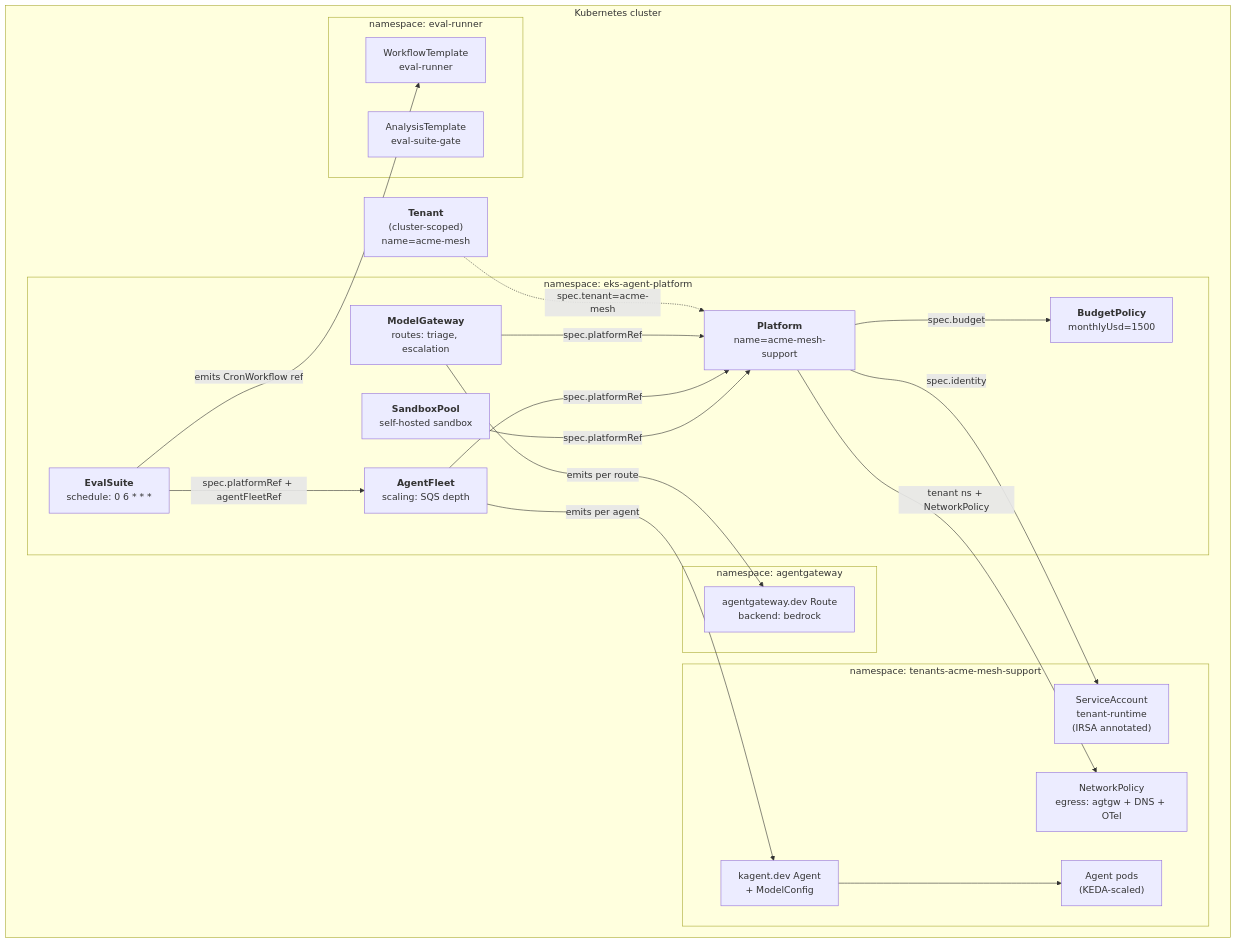
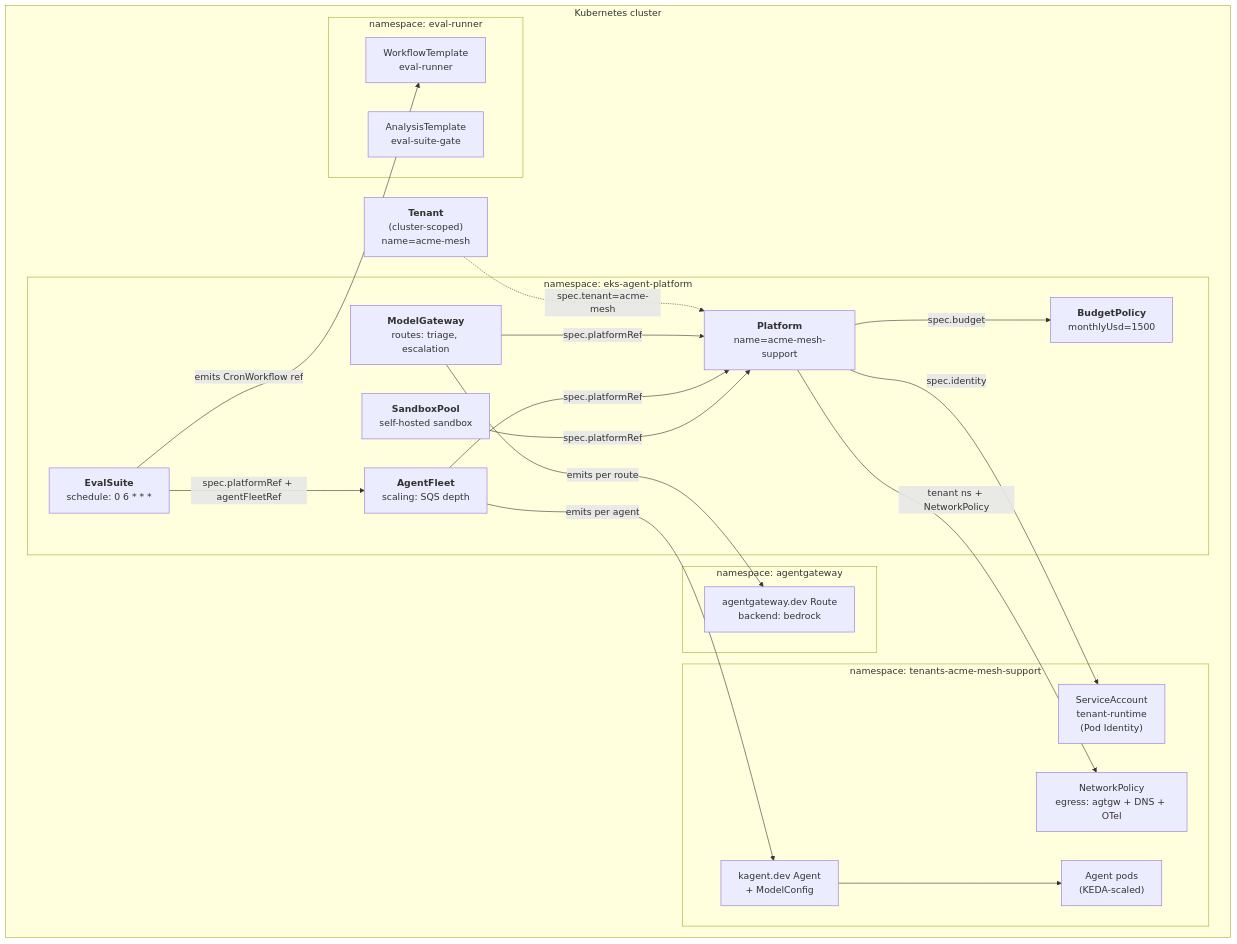
The first of 3 diagrams in docs/architecture/overview.md (nanohype/eks-agent-platform), drawn with Mermaid before and after one commit. The commit also changed other lines of this file and 14 other files, not shown here.

First line of the commit message:
feat(operators): bind the tenant runtime role via EKS Pod Identity

````diff
--- a/docs/architecture/overview.md
+++ b/docs/architecture/overview.md
@@ -7,44 +7,44 @@
 ```mermaid
 flowchart TD
   subgraph cluster["Kubernetes cluster"]
     Tenant["<b>Tenant</b><br/>(cluster-scoped)<br/>name=acme-mesh"]
 
     subgraph mgmt["namespace: eks-agent-platform"]
       Platform["<b>Platform</b><br/>name=acme-mesh-support"]
       Budget["<b>BudgetPolicy</b><br/>monthlyUsd=1500"]
       Gateway["<b>ModelGateway</b><br/>routes: triage, escalation"]
       Fleet["<b>AgentFleet</b><br/>scaling: SQS depth"]
       Sandbox["<b>SandboxPool</b><br/>self-hosted sandbox"]
       Eval["<b>EvalSuite</b><br/>schedule: 0 6 * * *"]
     end
 
     subgraph tenantns["namespace: tenants-acme-mesh-support"]
-      SA["ServiceAccount<br/>tenant-runtime<br/>(IRSA annotated)"]
+      SA["ServiceAccount<br/>tenant-runtime<br/>(Pod Identity)"]
       NP["NetworkPolicy<br/>egress: agtgw + DNS + OTel"]
       AgentCR["kagent.dev Agent<br/>+ ModelConfig"]
       Pods["Agent pods<br/>(KEDA-scaled)"]
     end
 
     subgraph agtgw["namespace: agentgateway"]
       Route["agentgateway.dev Route<br/>backend: bedrock"]
     end
 
     subgraph evalrun["namespace: eval-runner"]
       WT["WorkflowTemplate<br/>eval-runner"]
       AT["AnalysisTemplate<br/>eval-suite-gate"]
     end
   end
 
   Tenant -. "spec.tenant=acme-mesh" .-> Platform
   Platform -- "spec.budget" --> Budget
   Platform -- "spec.identity" --> SA
   Platform -- "tenant ns + NetworkPolicy" --> NP
   Gateway -- "spec.platformRef" --> Platform
   Gateway -- "emits per route" --> Route
   Fleet -- "spec.platformRef" --> Platform
   Fleet -- "emits per agent" --> AgentCR
   Sandbox -- "spec.platformRef" --> Platform
   AgentCR --> Pods
   Eval -- "spec.platformRef + agentFleetRef" --> Fleet
   Eval -- "emits CronWorkflow ref" --> WT
 ```
````
